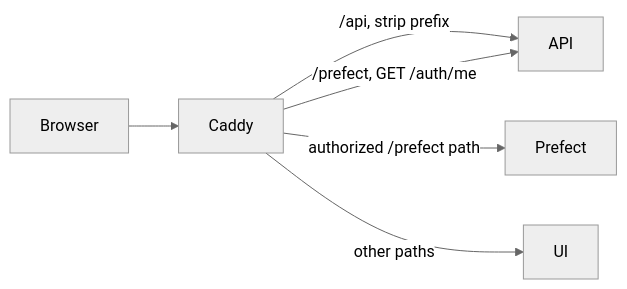
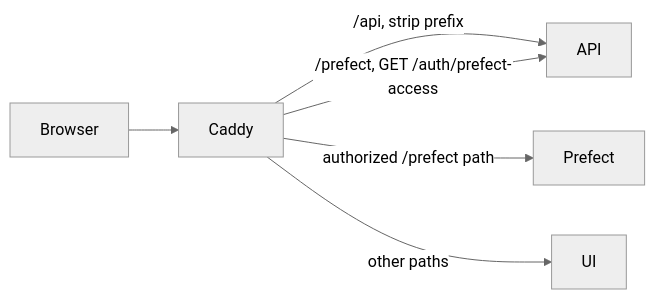
One commit to oqtopus-team/qdash changed the diagram in docs/developer-guide/architecture.md. Above: the diagram before and after it, drawn with Mermaid (neutral theme). The commit also changed other lines of this file and 11 other files, not shown here.

Commit message:
feat(api): implement read-only access for Prefect requests and enhance security headers

````diff
--- a/docs/developer-guide/architecture.md
+++ b/docs/developer-guide/architecture.md
@@ -24,8 +24,8 @@
 ```mermaid
 flowchart LR
     Browser --> Caddy
     Caddy -->|/api, strip prefix| API
-    Caddy -->|/prefect, GET /auth/me| API
+    Caddy -->|/prefect, GET /auth/prefect-access| API
     Caddy -->|authorized /prefect path| Prefect
     Caddy -->|other paths| UI
 ```
````
